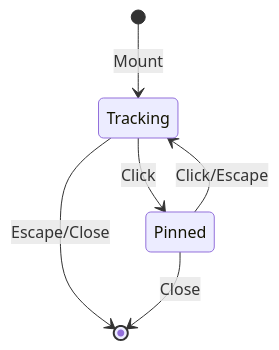
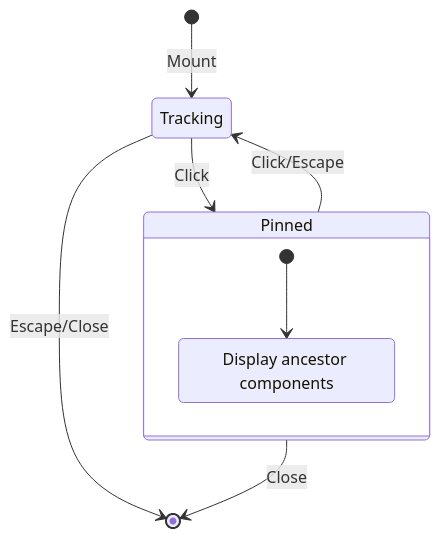
One commit to nabobery/WhoRenderedThis changed the seventh of 7 diagrams in docs/architecture.md. Above: the diagram before and after it, drawn with Mermaid. The commit also changed other lines of this file and 11 other files, not shown here.

````diff
--- a/docs/architecture.md
+++ b/docs/architecture.md
@@ -373,8 +558,13 @@
 ```mermaid
 stateDiagram-v2
     [*] --> Tracking: Mount
     Tracking --> Pinned: Click
     Pinned --> Tracking: Click/Escape
     Tracking --> [*]: Escape/Close
     Pinned --> [*]: Close
+
+    state Pinned {
+        [*] --> ShowParentChain
+        ShowParentChain: Display ancestor components
+    }
 ```
````
